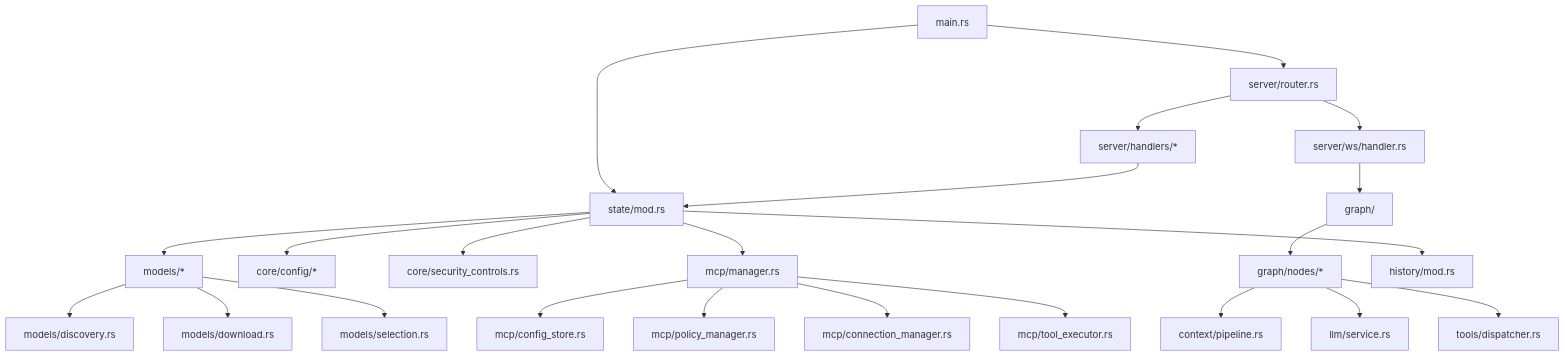
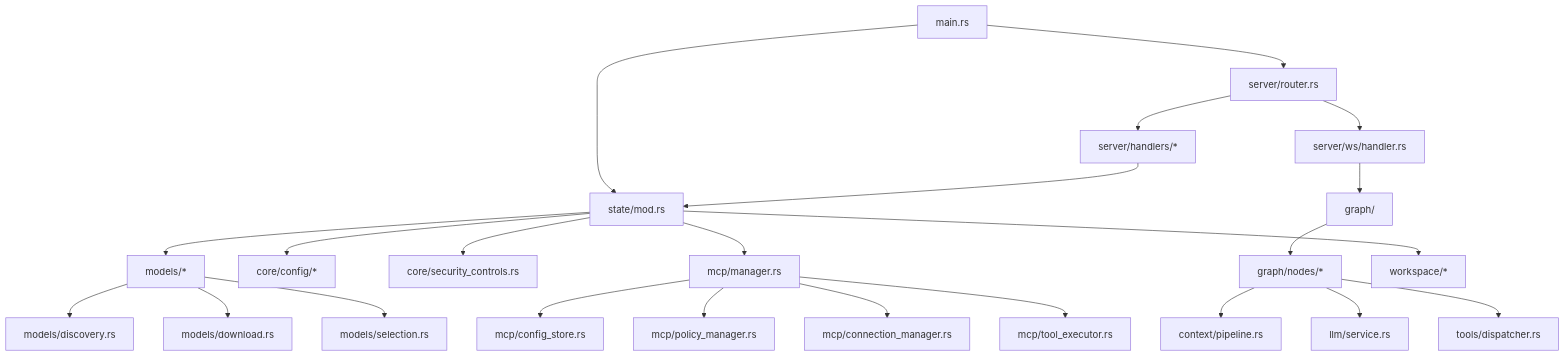
One commit to coco4atJP/Tepora-alpha changed the second of 11 diagrams in docs/architecture/ARCHITECTURE.md. Above: the diagram before and after it, drawn with Mermaid. The commit also changed other lines of this file, not shown here.

First line of the commit message:
docs: update architecture document to reflect workspace integration

````diff
--- a/docs/architecture/ARCHITECTURE.md
+++ b/docs/architecture/ARCHITECTURE.md
@@ -94,29 +94,29 @@
 ```mermaid
 graph TD
     Main[main.rs] --> Router[server/router.rs]
     Main --> State[state/mod.rs]
 
     Router --> Handlers[server/handlers/*]
     Router --> WS[server/ws/handler.rs]
     Handlers --> State
     WS --> Graph[graph/]
 
     Graph --> Nodes[graph/nodes/*]
     Nodes --> Pipeline[context/pipeline.rs]
     Nodes --> LLM[llm/service.rs]
     Nodes --> Tools[tools/dispatcher.rs]
 
     State --> Config[core/config/*]
     State --> Security[core/security_controls.rs]
     State --> Models[models/*]
     State --> MCP[mcp/manager.rs]
-    State --> History[history/mod.rs]
+    State --> Workspace[workspace/*]
 
     MCP --> McpConfig[mcp/config_store.rs]
     MCP --> McpPolicy[mcp/policy_manager.rs]
     MCP --> McpConnection[mcp/connection_manager.rs]
     MCP --> McpTools[mcp/tool_executor.rs]
     Models --> Discovery[models/discovery.rs]
     Models --> Download[models/download.rs]
     Models --> Selection[models/selection.rs]
 ```
````
